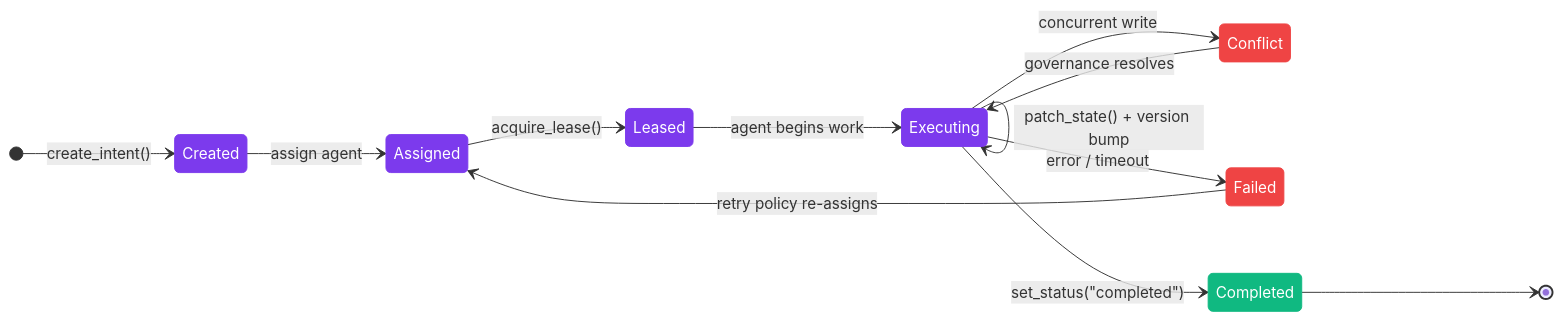
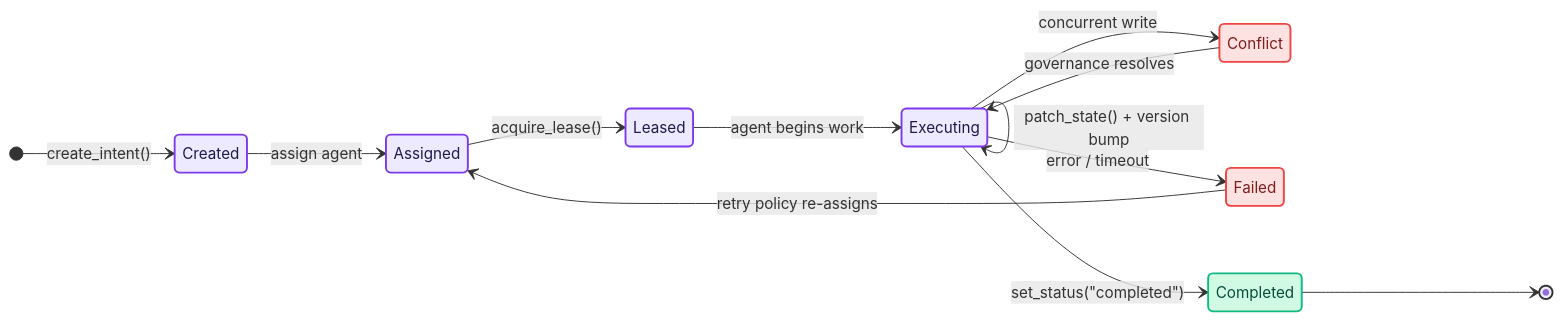
Before and after one commit to openintent-ai/openintent: the second of 4 diagrams in README.md, drawn with Mermaid. The commit also changed other lines of this file and 60 other files, not shown here.

````diff
--- a/README.md
+++ b/README.md
@@ -80,29 +80,29 @@
 ```mermaid
 stateDiagram-v2
     direction LR
 
     [*] --> Created: create_intent()
     Created --> Assigned: assign agent
     Assigned --> Leased: acquire_lease()
     Leased --> Executing: agent begins work
 
     Executing --> Executing: patch_state() + version bump
     Executing --> Conflict: concurrent write
     Conflict --> Executing: governance resolves
 
     Executing --> Completed: set_status("completed")
     Executing --> Failed: error / timeout
     Failed --> Assigned: retry policy re-assigns
 
     Completed --> [*]
 
-    classDef active fill:#7c3aed,color:#fff,stroke:#7c3aed
-    classDef conflict fill:#ef4444,color:#fff,stroke:#ef4444
-    classDef success fill:#10b981,color:#fff,stroke:#10b981
+    classDef active fill:#ede9fe,color:#1e1b4b,stroke:#7c3aed,stroke-width:2px
+    classDef conflict fill:#fee2e2,color:#7f1d1d,stroke:#ef4444,stroke-width:2px
+    classDef success fill:#d1fae5,color:#064e3b,stroke:#10b981,stroke-width:2px
 
     class Created,Assigned active
     class Leased,Executing active
     class Conflict conflict
     class Completed success
     class Failed conflict
 ```
````
